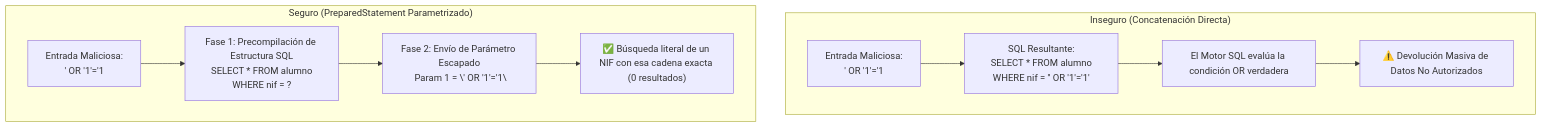
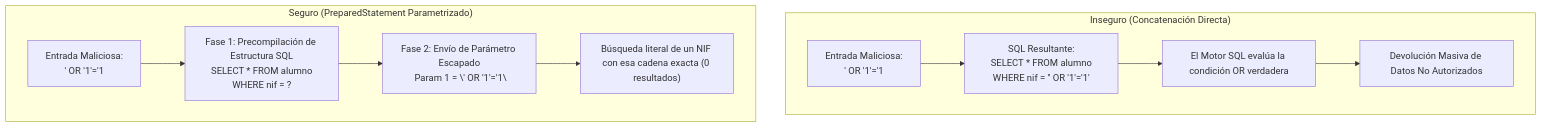
Before and after one commit to fencgut961/AAD_26_27: the eighth of 14 diagrams in RA2/ra2-manejor-conectores.md, drawn with Mermaid. The commit also changed other lines of this file, not shown here.

````diff
--- a/RA2/ra2-manejor-conectores.md
+++ b/RA2/ra2-manejor-conectores.md
@@ -506,14 +510,14 @@
 ```mermaid
 graph TD
-    subgraph Vulnerable["Inseguro (Concatenación Directa)"]
-        V1["Entrada Maliciosa:\n ' OR '1'='1 "] --> V2["SQL Resultante:\n SELECT * FROM alumno WHERE nif = '' OR '1'='1'"]
-        V2 --> V3["El Motor SQL evalúa la condición OR verdadera"]
-        V3 --> V4["⚠️ Devolución Masiva de Datos No Autorizados"]
-    end
+ subgraph Vulnerable["Inseguro (Concatenación Directa)"]
+ V1["Entrada Maliciosa:\n ' OR '1'='1 "] --> V2["SQL Resultante:\n SELECT * FROM alumno WHERE nif = '' OR '1'='1'"]
+ V2 --> V3["El Motor SQL evalúa la condición OR verdadera"]
+ V3 --> V4[" Devolución Masiva de Datos No Autorizados"]
+ end
 
-    subgraph Seguro["Seguro (PreparedStatement Parametrizado)"]
-        S1["Entrada Maliciosa:\n ' OR '1'='1 "] --> S2["Fase 1: Precompilación de Estructura SQL\n SELECT * FROM alumno WHERE nif = ?"]
-        S2 --> S3["Fase 2: Envío de Parámetro Escapado\n Param 1 = \"' OR '1'='1\""]
-        S3 --> S4["✅ Búsqueda literal de un NIF con esa cadena exacta (0 resultados)"]
-    end
+ subgraph Seguro["Seguro (PreparedStatement Parametrizado)"]
+ S1["Entrada Maliciosa:\n ' OR '1'='1 "] --> S2["Fase 1: Precompilación de Estructura SQL\n SELECT * FROM alumno WHERE nif = ?"]
+ S2 --> S3["Fase 2: Envío de Parámetro Escapado\n Param 1 = \"' OR '1'='1\""]
+ S3 --> S4[" Búsqueda literal de un NIF con esa cadena exacta (0 resultados)"]
+ end
 ```
````
